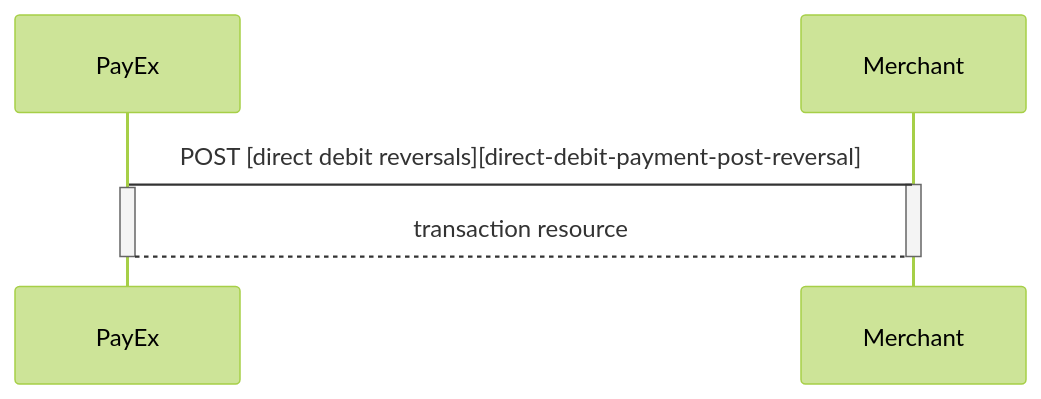
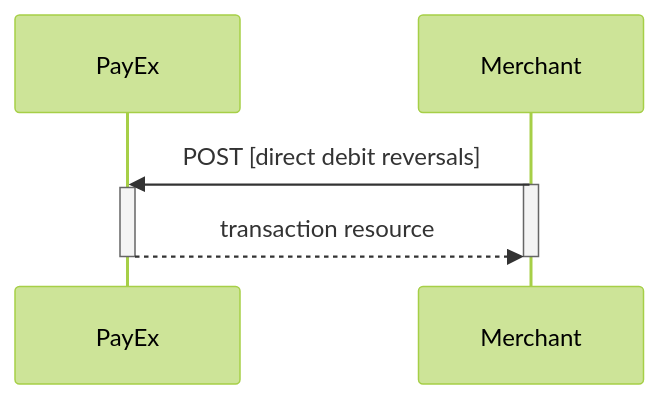
The second of 3 diagrams in payments/direct-debit/index.md (SwedbankPay/developer.swedbankpay.com), drawn with Mermaid (forest theme) before and after one commit. The commit also changed other lines of this file, not shown here.

Commit message:
DX-310 Format direct debit index

````diff
--- a/payments/direct-debit/index.md
+++ b/payments/direct-debit/index.md
@@ -112,10 +141,10 @@
 ```mermaid
 sequenceDiagram
   Participant PayEx
-  Merchant->PayEx: POST [direct debit reversals][direct-debit-payment-post-reversal]
+  Merchant->>PayEx: POST [direct debit reversals]
   Activate Merchant
   Activate PayEx
-  PayEx-->Merchant: transaction resource
+  PayEx-->>Merchant: transaction resource
   Deactivate PayEx
   Deactivate Merchant
 ```
````
